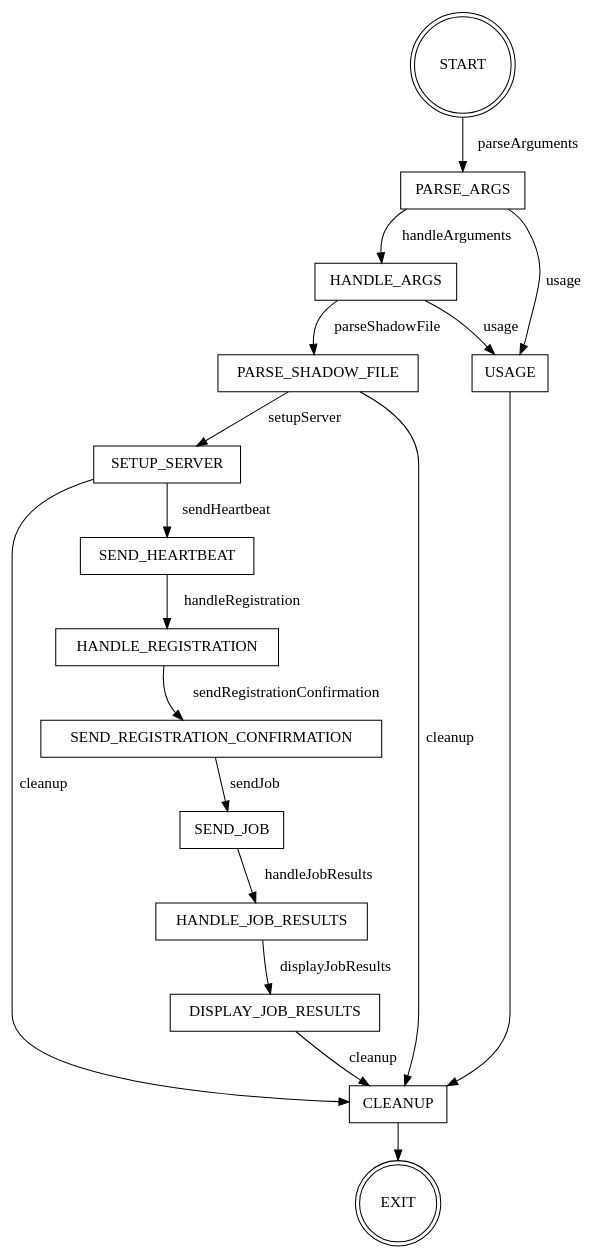
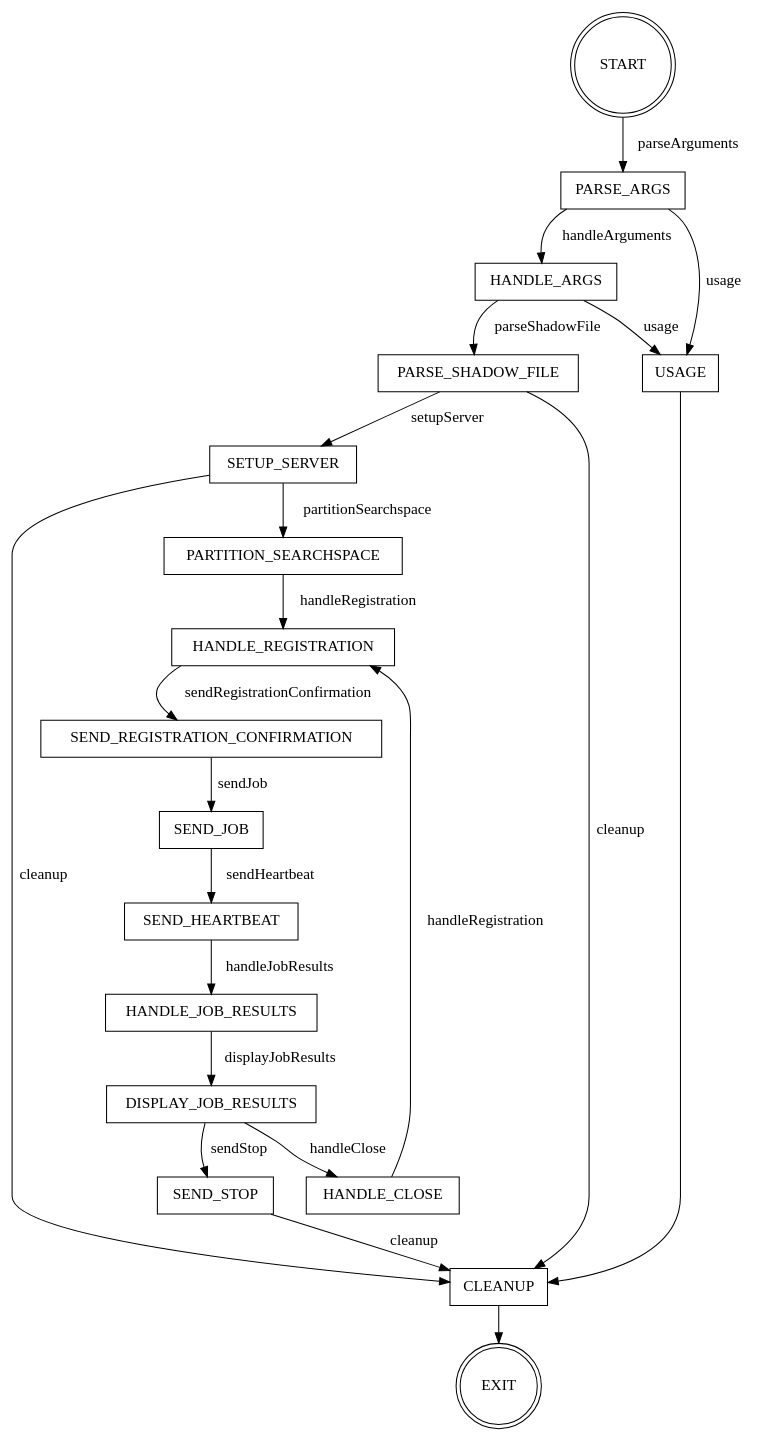
The diagram in controller.gv (A1exander-liU/comp-8005-assign-4), drawn with Graphviz before and after one commit.

Commit message:
docs: update controller diagram

```diff
--- a/controller.gv
+++ b/controller.gv
@@ -1,50 +1,59 @@
 digraph Controller {
   node [shape = rectangle; fontsize = 15;];
   edge [fontsize = 15;];
   
   // States
   START [shape = "doublecircle";];
   PARSE_ARGS;
   HANDLE_ARGS;
   USAGE;
   PARSE_SHADOW_FILE;
   SETUP_SERVER;
+  PARTITION_SEARCHSPACE;
   HANDLE_REGISTRATION;
   SEND_REGISTRATION_CONFIRMATION;
   SEND_JOB;
   SEND_HEARTBEAT;
   HANDLE_JOB_RESULTS;
   DISPLAY_JOB_RESULTS;
+  SEND_STOP;
   CLEANUP;
   EXIT [shape = "doublecircle";];
-  
+
   // Transitions
   START -> PARSE_ARGS [label = "parseArguments";];
   
   PARSE_ARGS -> HANDLE_ARGS [label = "handleArguments";];
   PARSE_ARGS -> USAGE [label = "usage";];
   
   HANDLE_ARGS -> PARSE_SHADOW_FILE [label = "parseShadowFile";];
   HANDLE_ARGS -> USAGE [label = "usage";];
   
   PARSE_SHADOW_FILE -> SETUP_SERVER [label = "setupServer";];
   PARSE_SHADOW_FILE -> CLEANUP [label = "cleanup";];
   
-  SETUP_SERVER -> SEND_HEARTBEAT [label = "sendHeartbeat";];
   SETUP_SERVER -> CLEANUP [label = "cleanup";];
-  
-  SEND_HEARTBEAT -> HANDLE_REGISTRATION [label = "handleRegistration"]
+
+  SETUP_SERVER -> PARTITION_SEARCHSPACE [label = "partitionSearchspace";];
+  PARTITION_SEARCHSPACE -> HANDLE_REGISTRATION [label = "handleRegistration"]
   
   HANDLE_REGISTRATION -> SEND_REGISTRATION_CONFIRMATION [label = "sendRegistrationConfirmation";];
-  
+
   SEND_REGISTRATION_CONFIRMATION -> SEND_JOB [label = "sendJob";];
-  
-  SEND_JOB -> HANDLE_JOB_RESULTS [label = "handleJobResults";];
-  
+
+  SEND_JOB -> SEND_HEARTBEAT [label = "sendHeartbeat";];
+
+  SEND_HEARTBEAT -> HANDLE_JOB_RESULTS [label = "handleJobResults";];
+
   HANDLE_JOB_RESULTS -> DISPLAY_JOB_RESULTS [label = "displayJobResults";];
-  
-  DISPLAY_JOB_RESULTS -> CLEANUP [label = "cleanup";];
-  
+
+  DISPLAY_JOB_RESULTS -> HANDLE_CLOSE [label = "handleClose";];
+  HANDLE_CLOSE -> HANDLE_REGISTRATION [label = "handleRegistration";];
+
+  DISPLAY_JOB_RESULTS -> SEND_STOP [label = "sendStop";];
+
+  SEND_STOP -> CLEANUP [label = "cleanup";];
+
   USAGE -> CLEANUP;
   CLEANUP -> EXIT;
 }
```
